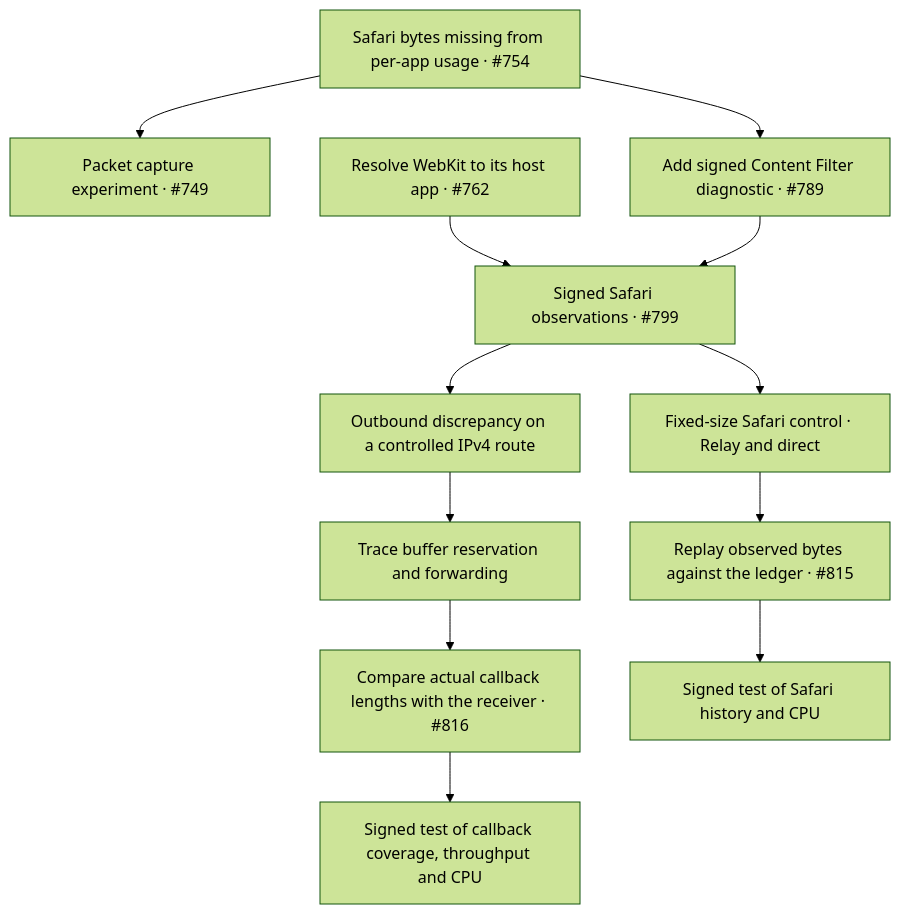
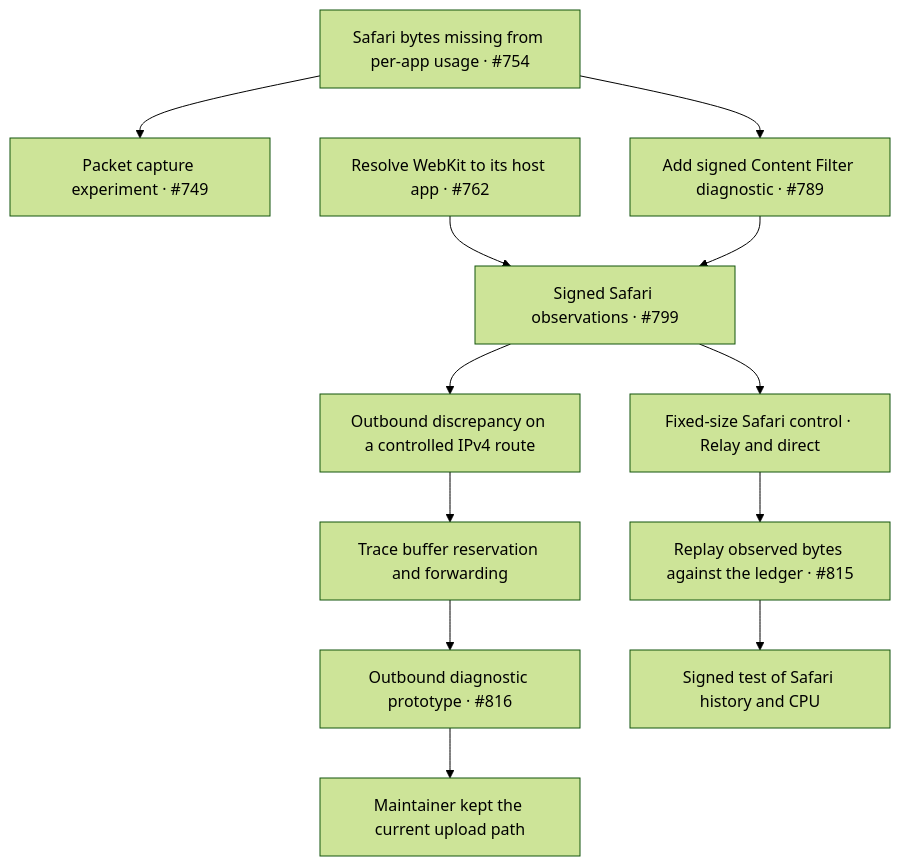
Before and after one commit to defragekb/NetworkMonitor: the diagram in docs/research/private-relay-799/evidence.md, drawn with Mermaid (forest theme). The commit also changed other lines of this file and 7 other files, not shown here.

````diff
--- a/docs/research/private-relay-799/evidence.md
+++ b/docs/research/private-relay-799/evidence.md
@@ -5,14 +5,14 @@
 ```mermaid
 flowchart TD
     A["Safari bytes missing from per-app usage · #754"] --> B["Packet capture experiment · #749"]
     A --> C["Add signed Content Filter diagnostic · #789"]
     W["Resolve WebKit to its host app · #762"] --> D["Signed Safari observations · #799"]
     C --> D
     D --> E["Fixed-size Safari control · Relay and direct"]
     D --> F["Outbound discrepancy on a controlled IPv4 route"]
     E --> G["Replay observed bytes against the ledger · #815"]
     F --> H["Trace buffer reservation and forwarding"]
-    H --> I["Compare actual callback lengths with the receiver · #816"]
+    H --> I["Outbound diagnostic prototype · #816"]
     G --> J["Signed test of Safari history and CPU"]
-    I --> K["Signed test of callback coverage, throughput and CPU"]
+    I --> K["Maintainer kept the current upload path"]
 ```
````
